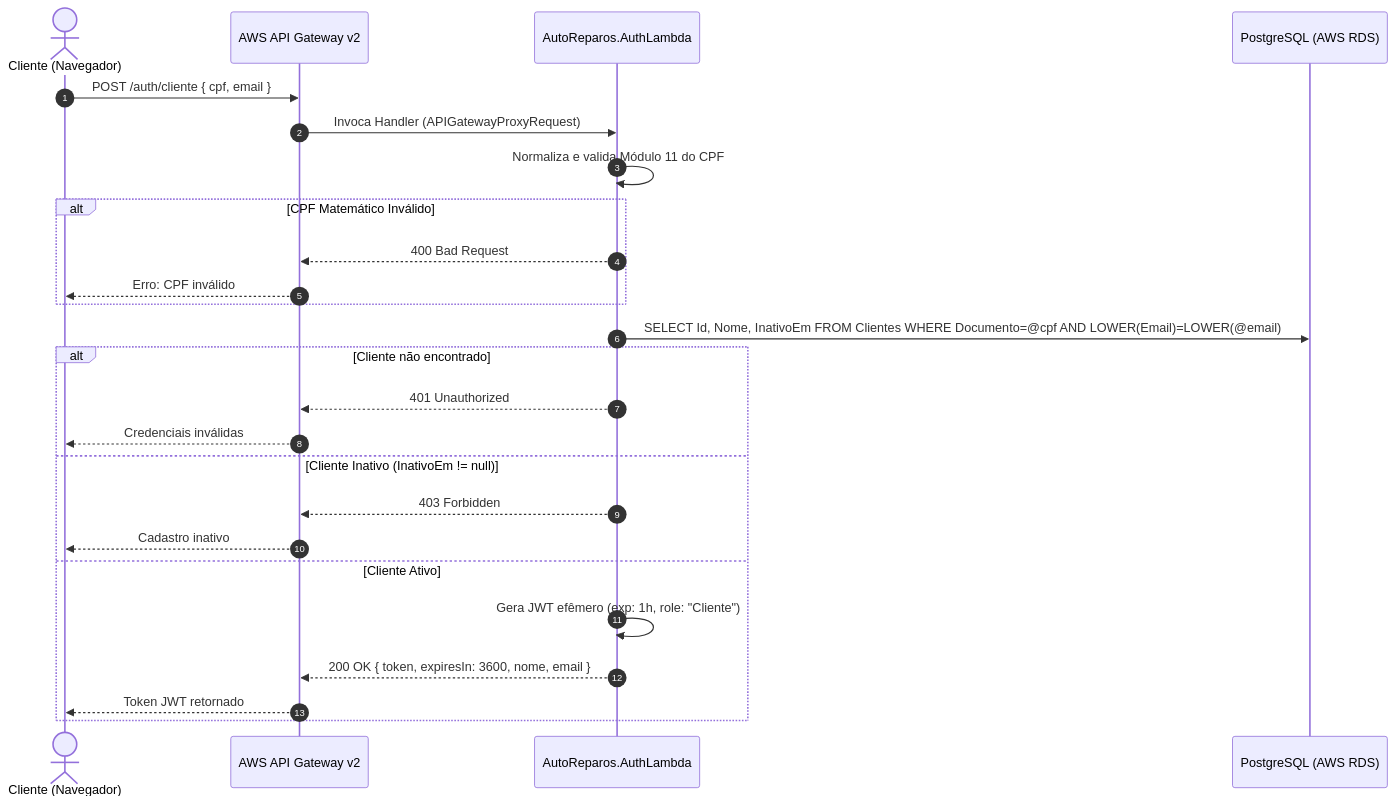
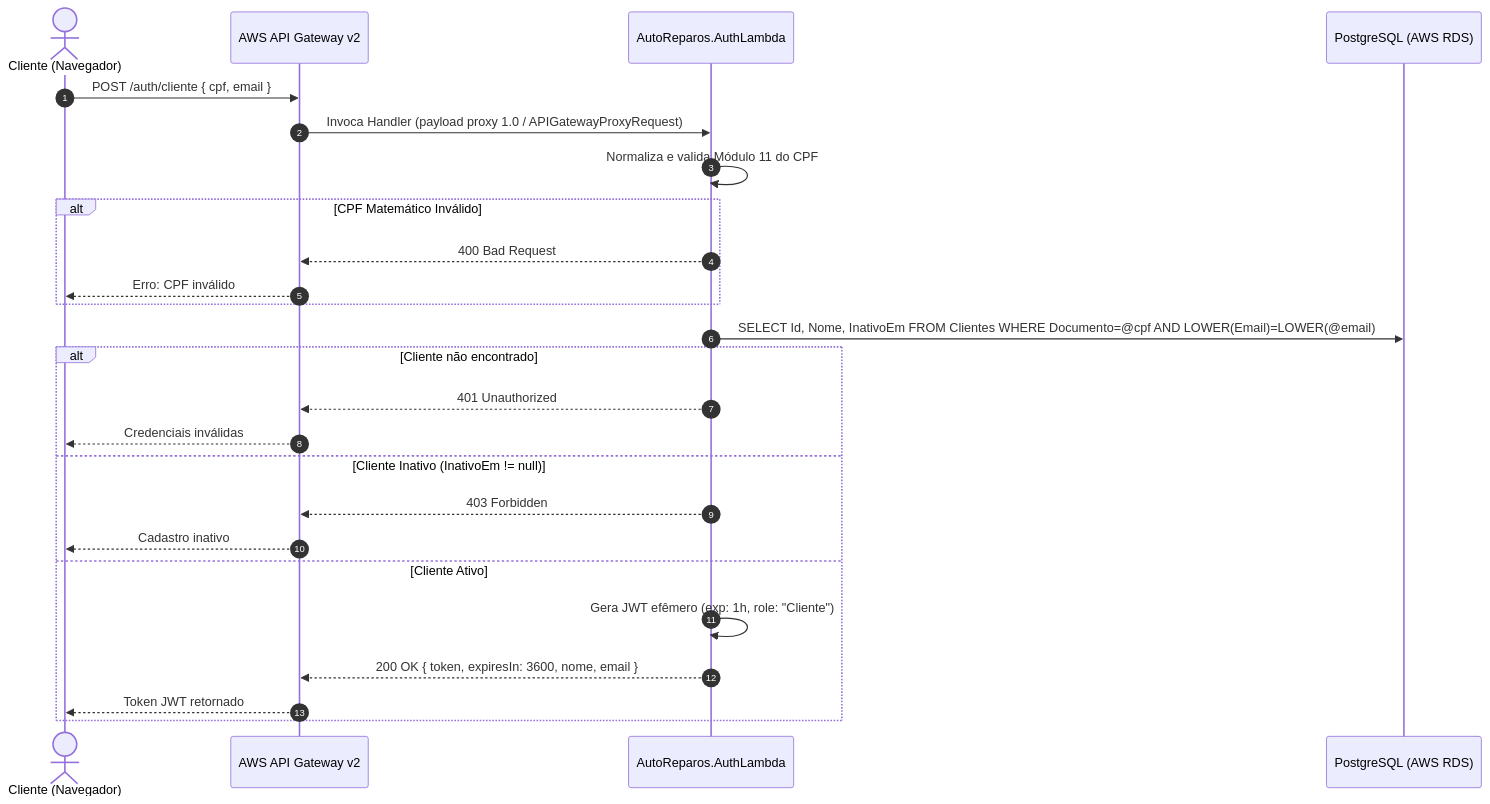
Before and after one commit to Grupo78-PosTech-15SOAT/AutoReparos.AuthLambda: the diagram in README.md, drawn with Mermaid. The commit also changed 5 other files, not shown here.

````diff
--- a/README.md
+++ b/README.md
@@ -21,28 +21,28 @@
 ```mermaid
 sequenceDiagram
     autonumber
     actor Cliente as Cliente (Navegador)
     participant APIGW as AWS API Gateway v2
     participant Lambda as AutoReparos.AuthLambda
     participant RDS as PostgreSQL (AWS RDS)
 
     Cliente->>APIGW: POST /auth/cliente { cpf, email }
-    APIGW->>Lambda: Invoca Handler (APIGatewayProxyRequest)
+    APIGW->>Lambda: Invoca Handler (payload proxy 1.0 / APIGatewayProxyRequest)
     Lambda->>Lambda: Normaliza e valida Módulo 11 do CPF
     alt CPF Matemático Inválido
         Lambda-->>APIGW: 400 Bad Request
         APIGW-->>Cliente: Erro: CPF inválido
     end
     Lambda->>RDS: SELECT Id, Nome, InativoEm FROM Clientes WHERE Documento=@cpf AND LOWER(Email)=LOWER(@email)
     alt Cliente não encontrado
         Lambda-->>APIGW: 401 Unauthorized
         APIGW-->>Cliente: Credenciais inválidas
     else Cliente Inativo (InativoEm != null)
         Lambda-->>APIGW: 403 Forbidden
         APIGW-->>Cliente: Cadastro inativo
     else Cliente Ativo
         Lambda->>Lambda: Gera JWT efêmero (exp: 1h, role: "Cliente")
         Lambda-->>APIGW: 200 OK { token, expiresIn: 3600, nome, email }
         APIGW-->>Cliente: Token JWT retornado
     end
 ```
````
